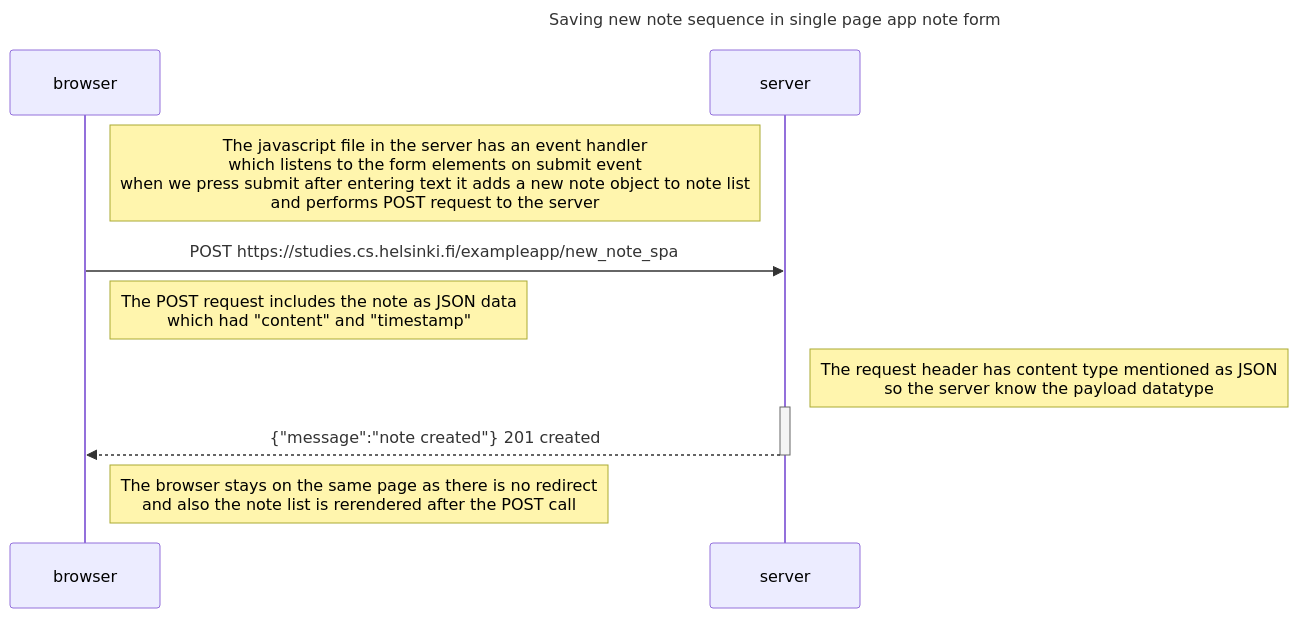
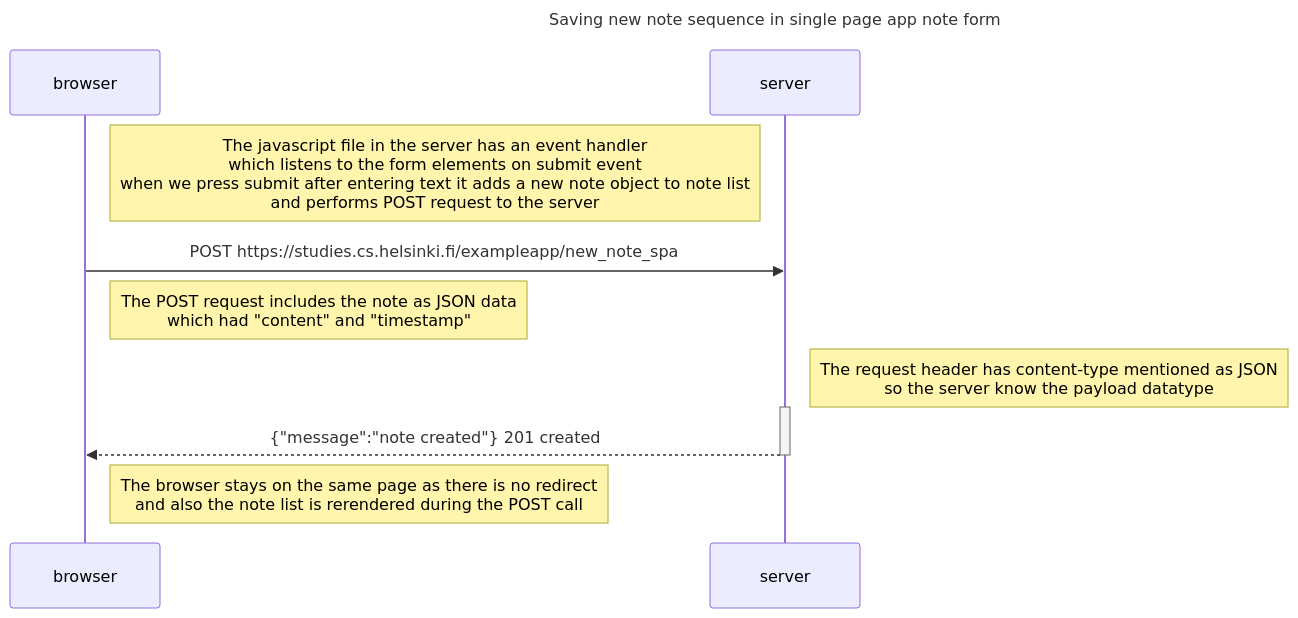
Before and after one commit to R-404/Full_stack_Open: the diagram in part0/0_6_single_page_app_new_note.md, drawn with Mermaid. The commit also changed 2 other files, not shown here.

Commit message:
modify: minor correction / typo

````diff
--- a/part0/0_6_single_page_app_new_note.md
+++ b/part0/0_6_single_page_app_new_note.md
@@ -1,20 +1,20 @@
 ```mermaid
 sequenceDiagram
     participant browser
     participant server
 
     title Saving new note sequence in single page app note form
 
-    Note right of browser: The javascript file in the server has an event handler <br/>which listens to the form elements on submit event <br/>when we press submit after entering text it adds a new note object to note list <br/> and performs POST request to the server
+    Note right of browser: The javascript file in the server has an event handler <br/> which listens to the form elements on submit event <br/> when we press submit after entering text it adds a new note object to note list <br/> and performs POST request to the server
 
     browser->>server: POST https://studies.cs.helsinki.fi/exampleapp/new_note_spa
     Note right of browser: The POST request includes the note as JSON data <br/> which had "content" and "timestamp"
 
-    Note right of server: The request header has content type mentioned as JSON <br/> so the server know the payload datatype
+    Note right of server: The request header has content-type mentioned as JSON <br/> so the server know the payload datatype
     activate server
     server-->>browser: {"message":"note created"} 201 created
     deactivate server
 
-    Note right of browser: The browser stays on the same page as there is no redirect <br/> and also the note list is rerendered after the POST call
+    Note right of browser: The browser stays on the same page as there is no redirect <br/> and also the note list is rerendered during the POST call
 
 ```
````
